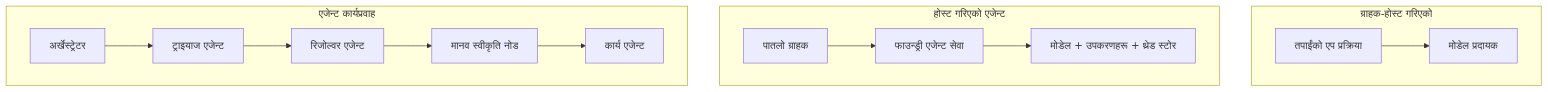
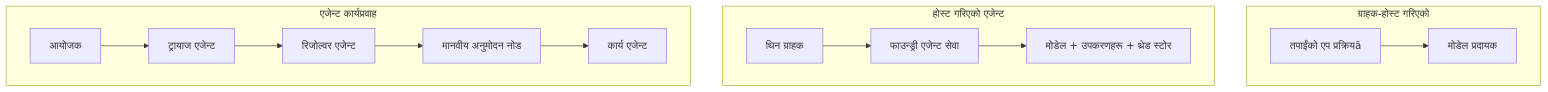
One commit to microsoft/ai-agents-for-beginners changed the first of 4 diagrams in translations/ne/16-deploying-scalable-agents/README.md. Above: the diagram before and after it, drawn with Mermaid. The commit also changed other lines of this file and 45 other files, not shown here.

````diff
--- a/translations/ne/16-deploying-scalable-agents/README.md
+++ b/translations/ne/16-deploying-scalable-agents/README.md
@@ -87,16 +87,16 @@
 ```mermaid
 flowchart TB
     subgraph P1[ग्राहक-होस्ट गरिएको]
-        A1[तपाईंको एप प्रक्रिया] --> M1[मोडेल प्रदायक]
+        A1[तपाईंको एप प्रक्रियā] --> M1[मोडेल प्रदायक]
     end
     subgraph P2[होस्ट गरिएको एजेन्ट]
-        A2[पातलो ग्राहक] --> F2[फाउन्ड्री एजेन्ट सेवा]
+        A2[थिन ग्राहक] --> F2[फाउन्ड्री एजेन्ट सेवा]
         F2 --> M2[मोडेल + उपकरणहरू + थ्रेड स्टोर]
     end
     subgraph P3[एजेन्ट कार्यप्रवाह]
-        A3[अर्खेस्ट्रेटर] --> S1[ट्राइयाज एजेन्ट]
+        A3[आयोजक] --> S1[ट्रायाज एजेन्ट]
         S1 --> S2[रिजोल्वर एजेन्ट]
-        S2 --> H[मानव स्वीकृति नोड]
+        S2 --> H[मानवीय अनुमोदन नोड]
         H --> S3[कार्य एजेन्ट]
     end
 ```
````
